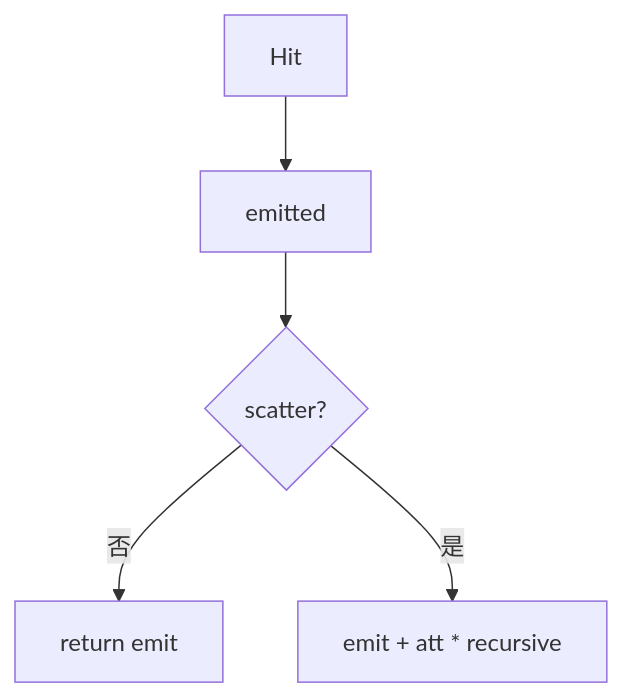
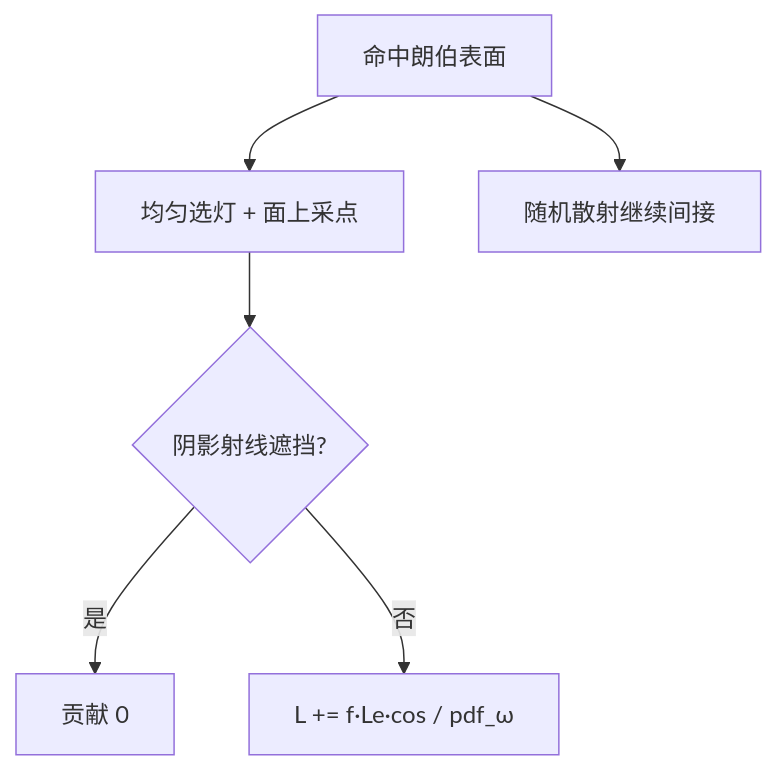
Before and after one commit to xiaoqianran/cpp-002: the second of 2 diagrams in docs/ARCHITECTURE.md, drawn with Mermaid. The commit also changed other lines of this file and 14 other files, not shown here.

````diff
--- a/docs/ARCHITECTURE.md
+++ b/docs/ARCHITECTURE.md
@@ -24,7 +17,8 @@
 ```mermaid
 flowchart TB
-  Hit --> Emit[emitted]
-  Emit --> Sc{scatter?}
-  Sc -->|否| OutE[return emit]
-  Sc -->|是| OutR[emit + att * recursive]
+  Hit[命中朗伯表面] --> Pick[均匀选灯 + 面上采点]
+  Pick --> Shadow{阴影射线遮挡?}
+  Shadow -->|是| Zero[贡献 0]
+  Shadow -->|否| Eval["L += f·Le·cos / pdf_ω"]
+  Hit --> Bounce[随机散射继续间接]
 ```
````
